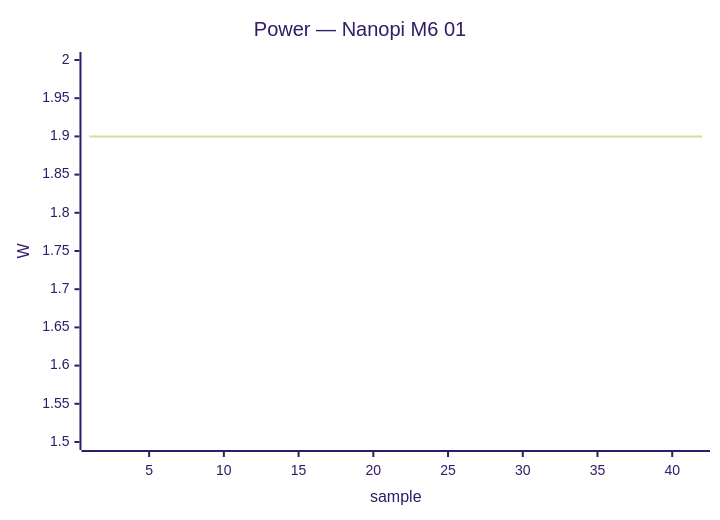
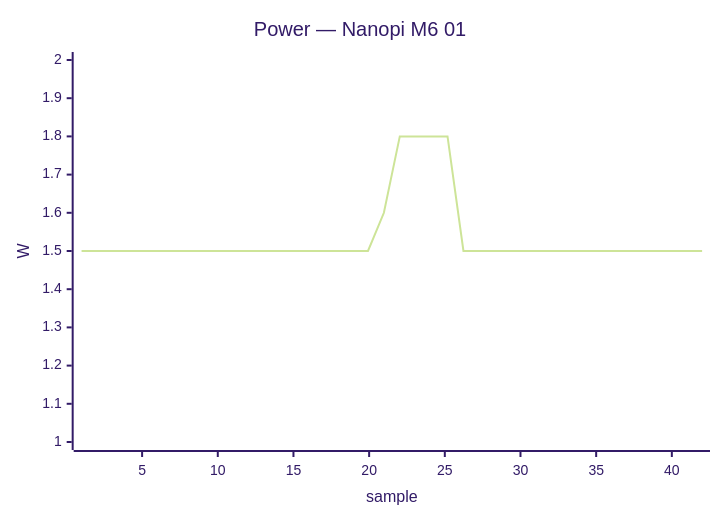
Before and after one commit to armbian/documentation: the third of 39 diagrams in docs/status/board-tests.md, drawn with Mermaid (forest theme). The commit also changed other lines of this file, not shown here.

Commit message:
`Automatic` fleet test results (#1615)

````diff
--- a/docs/status/board-tests.md
+++ b/docs/status/board-tests.md
@@ -89,7 +89,7 @@
 ```mermaid
 xychart-beta
     title "Power — Nanopi M6 01"
     x-axis "sample" 1 --> 42
-    y-axis "W" 1.5 --> 2.0
-    line [1.9, 1.9, 1.9, 1.9, 1.9, 1.9, 1.9, 1.9, 1.9, 1.9, 1.9, 1.9, 1.9, 1.9, 1.9, 1.9, 1.9, 1.9, 1.9, 1.9, 1.9, 1.9, 1.9, 1.9, 1.9, 1.9, 1.9, 1.9, 1.9, 1.9, 1.9, 1.9, 1.9, 1.9, 1.9, 1.9, 1.9, 1.9, 1.9, 1.9]
+    y-axis "W" 1.0 --> 2.0
+    line [1.5, 1.5, 1.5, 1.5, 1.5, 1.5, 1.5, 1.5, 1.5, 1.5, 1.5, 1.5, 1.5, 1.5, 1.5, 1.5, 1.5, 1.5, 1.5, 1.6, 1.8, 1.8, 1.8, 1.8, 1.5, 1.5, 1.5, 1.5, 1.5, 1.5, 1.5, 1.5, 1.5, 1.5, 1.5, 1.5, 1.5, 1.5, 1.5, 1.5]
 ```
````
